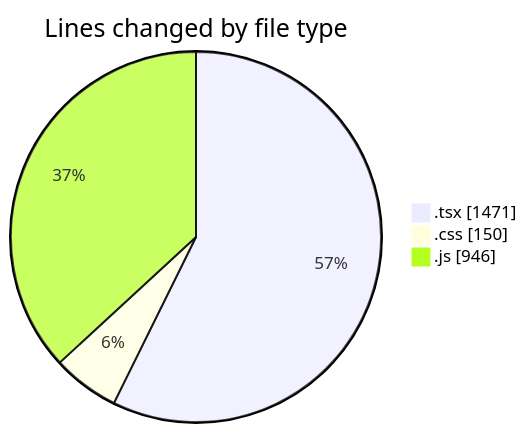
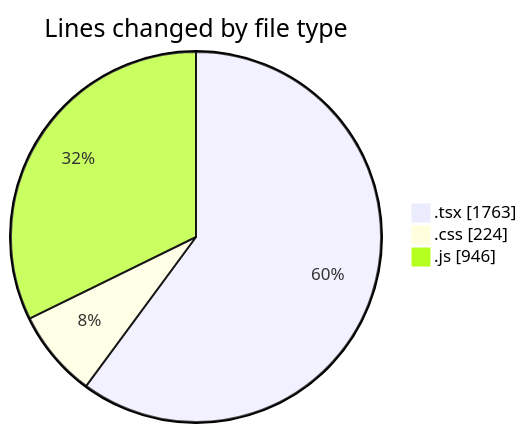
The first of 2 diagrams in 2025-04-22/indesign/README.md (Elitesun/code-tracking), drawn with Mermaid before and after one commit. The commit also changed other lines of this file and 1 other file, not shown here.

````diff
--- a/2025-04-22/indesign/README.md
+++ b/2025-04-22/indesign/README.md
@@ -34,7 +34,7 @@
 ```mermaid
 pie showData
 title Lines changed by file type
-".tsx" : 1471
-".css" : 150
+".tsx" : 1763
+".css" : 224
 ".js" : 946
 ```
````
